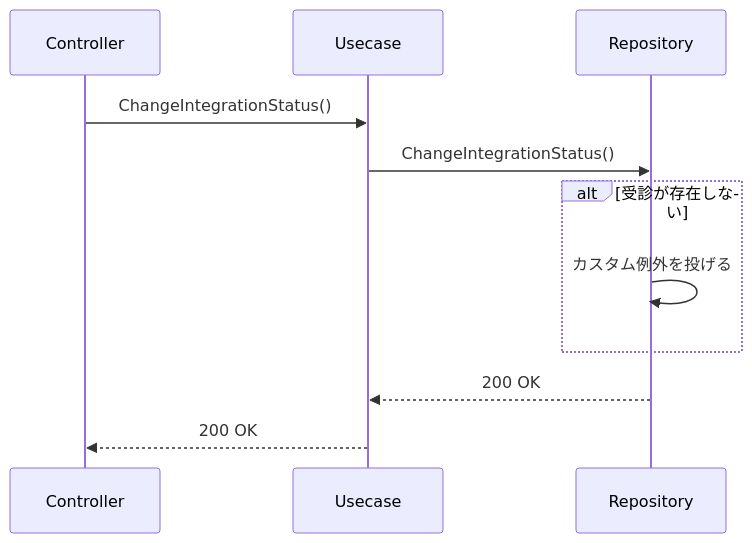
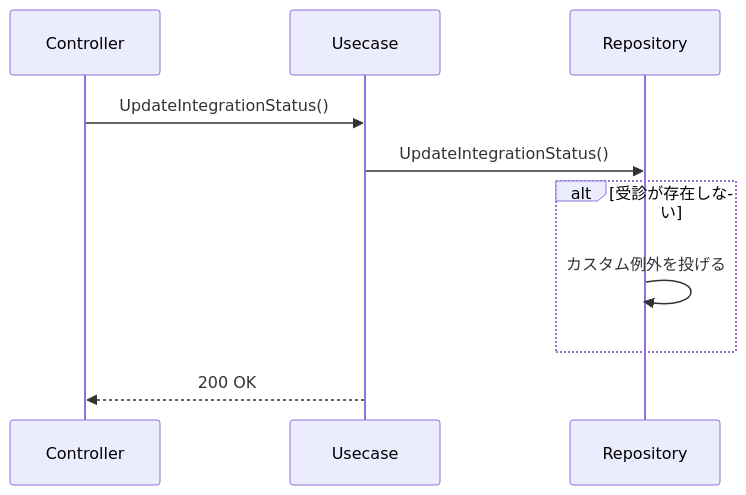
Diagram 20 of 33 in Documents/API設計書/src/docs/5_ユースケース.adoc (MrWangpeilin945/FlutterIOS), drawn with Mermaid before and after one commit.

Commit message:
API設計書 ユースケース設計
メソッド名の変更を反映

```diff
--- a/Documents/API設計書/src/docs/5_ユースケース.adoc
+++ b/Documents/API設計書/src/docs/5_ユースケース.adoc
@@ -336,15 +336,14 @@
 [mermaid,UpdateIntegrationStatus-u-seq,png]
 ----
 sequenceDiagram
   participant con as Controller
   participant uc as Usecase
   participant repo as Repository
 
-  con->>uc: ChangeIntegrationStatus()
-  uc->>repo: ChangeIntegrationStatus()
+  con->>uc: UpdateIntegrationStatus()
+  uc->>repo: UpdateIntegrationStatus()
   alt 受診が存在しない
     repo->>repo: カスタム例外を投げる
   end
-  repo-->>uc: 200 OK
   uc-->>con: 200 OK
 ----
```
